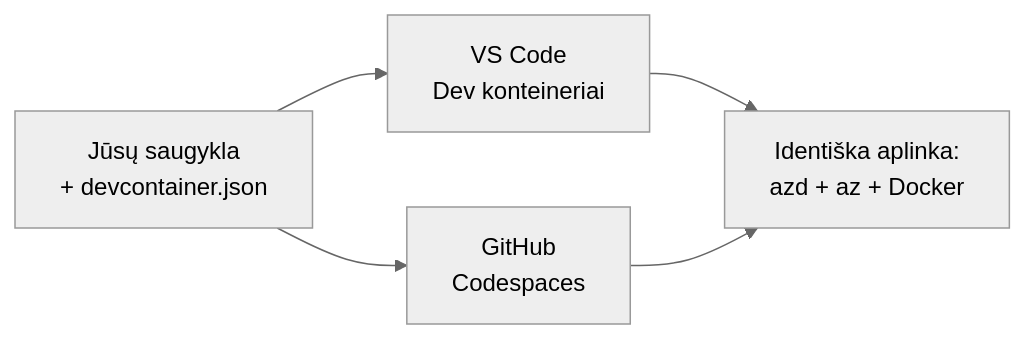
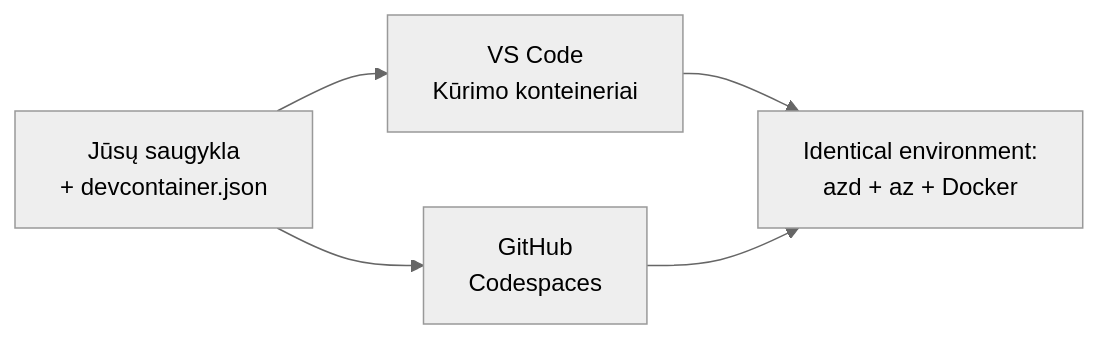
One commit to microsoft/AZD-for-beginners changed the diagram in translations/lt/docs/chapter-01-foundation/dev-containers.md. Above: the diagram before and after it, drawn with Mermaid (neutral theme). The commit also changed other lines of this file and 59 other files, not shown here.

````diff
--- a/translations/lt/docs/chapter-01-foundation/dev-containers.md
+++ b/translations/lt/docs/chapter-01-foundation/dev-containers.md
@@ -41,7 +41,7 @@
 ```mermaid
 graph LR
-    Repo[Jūsų saugykla<br/>+ devcontainer.json] --> VSCode[VS Code<br/>Dev konteineriai]
+    Repo[Jūsų saugykla<br/>+ devcontainer.json] --> VSCode[VS Code<br/>Kūrimo konteineriai]
     Repo --> Codespaces[GitHub<br/>Codespaces]
-    VSCode --> Env[Identiška aplinka:<br/>azd + az + Docker]
+    VSCode --> Env[Identical environment:<br/>azd + az + Docker]
     Codespaces --> Env
 ```
````
